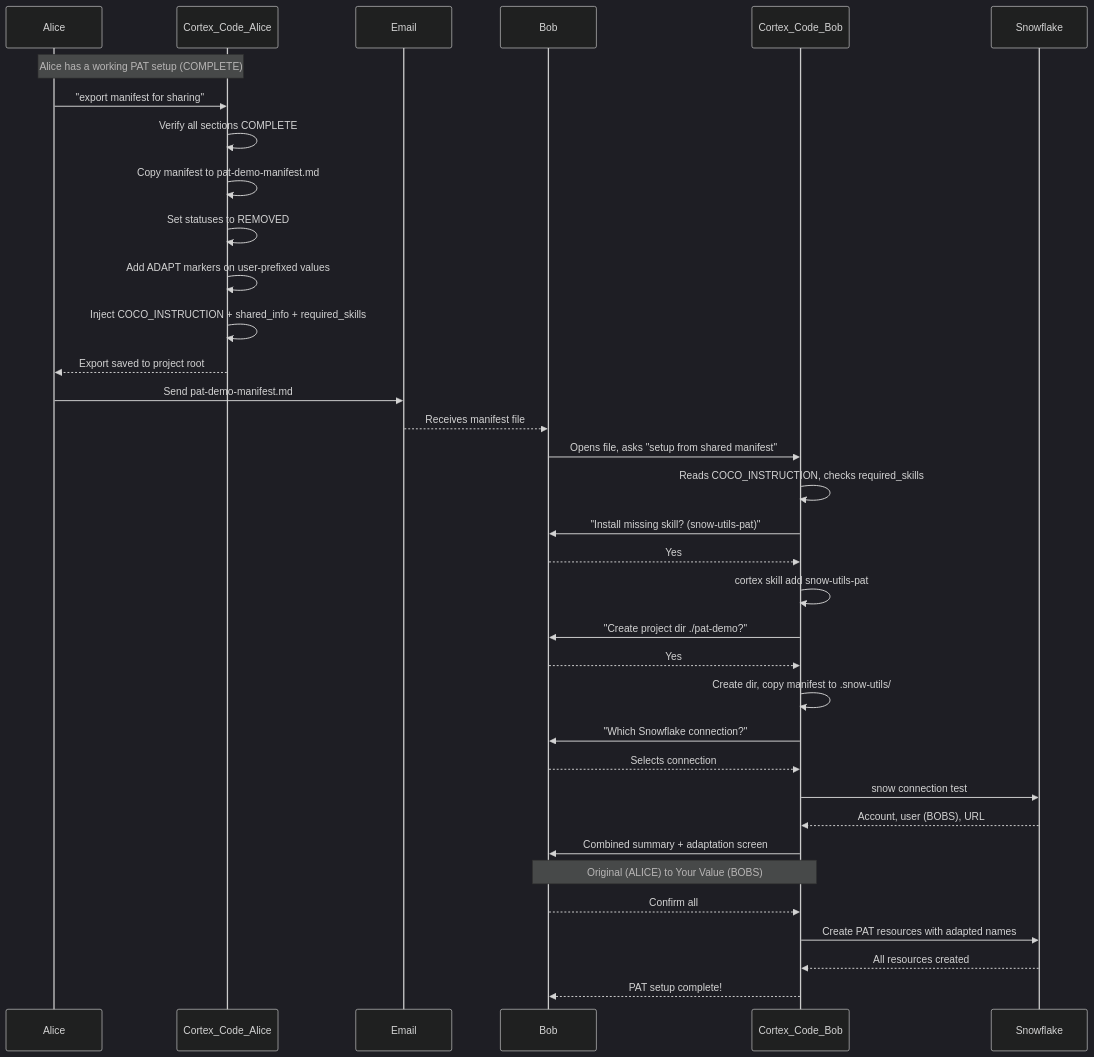
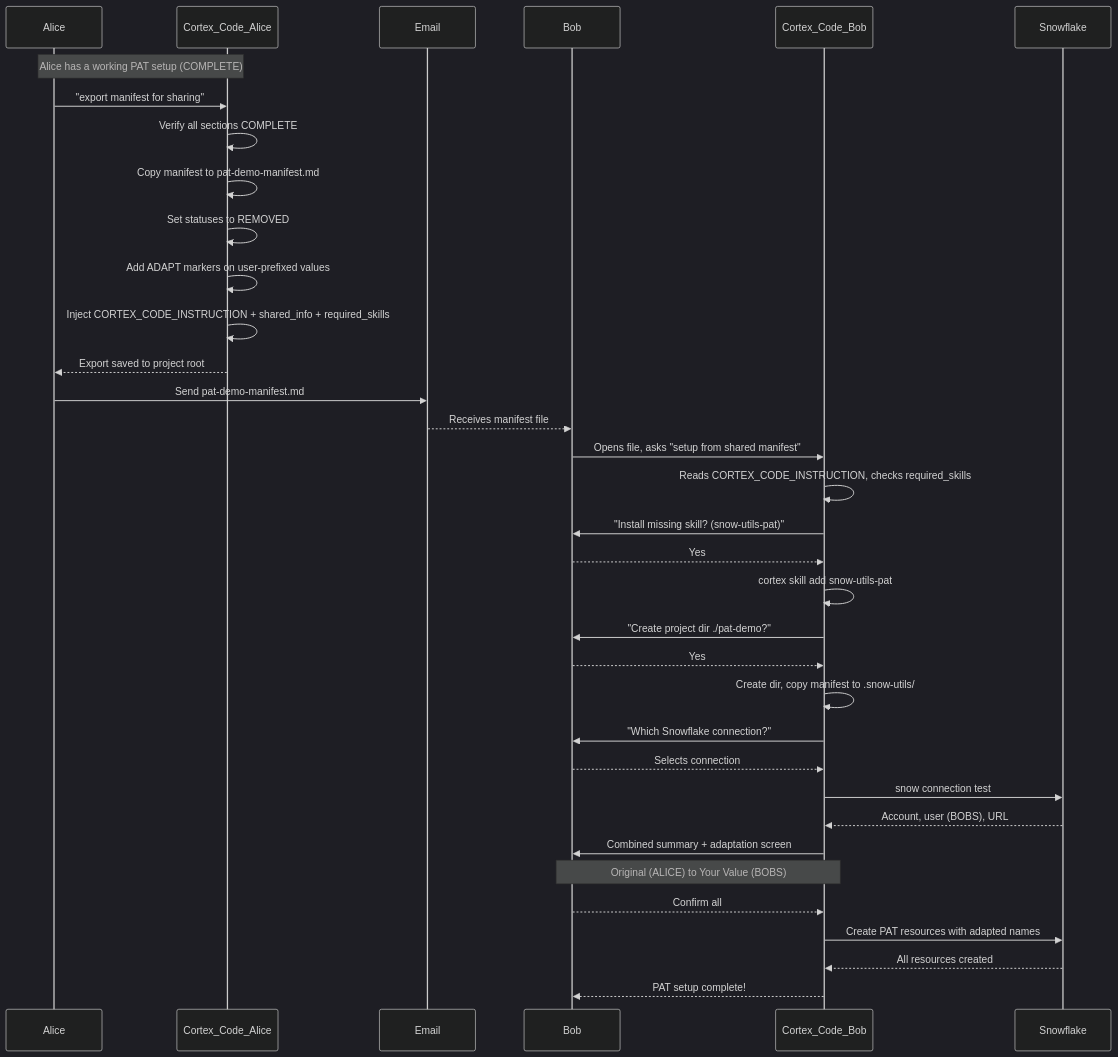
Before and after one commit to kameshsampath/snow-utils-skills: the diagram in README.md, drawn with Mermaid (dark theme). The commit also changed other lines of this file and 6 other files, not shown here.

First line of the commit message:
refactor: update COCO_INSTRUCTION references to CORTEX_CODE_INSTRUCTION in manifests and documentation

````diff
--- a/README.md
+++ b/README.md
@@ -150,47 +150,47 @@
 ```mermaid
 sequenceDiagram
     participant Alice
     participant CC as Cortex_Code_Alice
     participant Email
     participant Bob
     participant CC2 as Cortex_Code_Bob
     participant SF as Snowflake
 
     Note over Alice,CC: Alice has a working PAT setup (COMPLETE)
 
     Alice->>CC: "export manifest for sharing"
     CC->>CC: Verify all sections COMPLETE
     CC->>CC: Copy manifest to pat-demo-manifest.md
     CC->>CC: Set statuses to REMOVED
     CC->>CC: Add ADAPT markers on user-prefixed values
-    CC->>CC: Inject COCO_INSTRUCTION + shared_info + required_skills
+    CC->>CC: Inject CORTEX_CODE_INSTRUCTION + shared_info + required_skills
     CC-->>Alice: Export saved to project root
 
     Alice->>Email: Send pat-demo-manifest.md
 
     Email-->>Bob: Receives manifest file
 
     Bob->>CC2: Opens file, asks "setup from shared manifest"
-    CC2->>CC2: Reads COCO_INSTRUCTION, checks required_skills
+    CC2->>CC2: Reads CORTEX_CODE_INSTRUCTION, checks required_skills
     CC2->>Bob: "Install missing skill? (snow-utils-pat)"
     Bob-->>CC2: Yes
     CC2->>CC2: cortex skill add snow-utils-pat
     CC2->>Bob: "Create project dir ./pat-demo?"
     Bob-->>CC2: Yes
 
     CC2->>CC2: Create dir, copy manifest to .snow-utils/
     CC2->>Bob: "Which Snowflake connection?"
     Bob-->>CC2: Selects connection
 
     CC2->>SF: snow connection test
     SF-->>CC2: Account, user (BOBS), URL
 
     CC2->>Bob: Combined summary + adaptation screen
     Note over CC2,Bob: Original (ALICE) to Your Value (BOBS)
     Bob-->>CC2: Confirm all
 
     CC2->>SF: Create PAT resources with adapted names
     SF-->>CC2: All resources created
 
     CC2-->>Bob: PAT setup complete!
 ```
````
